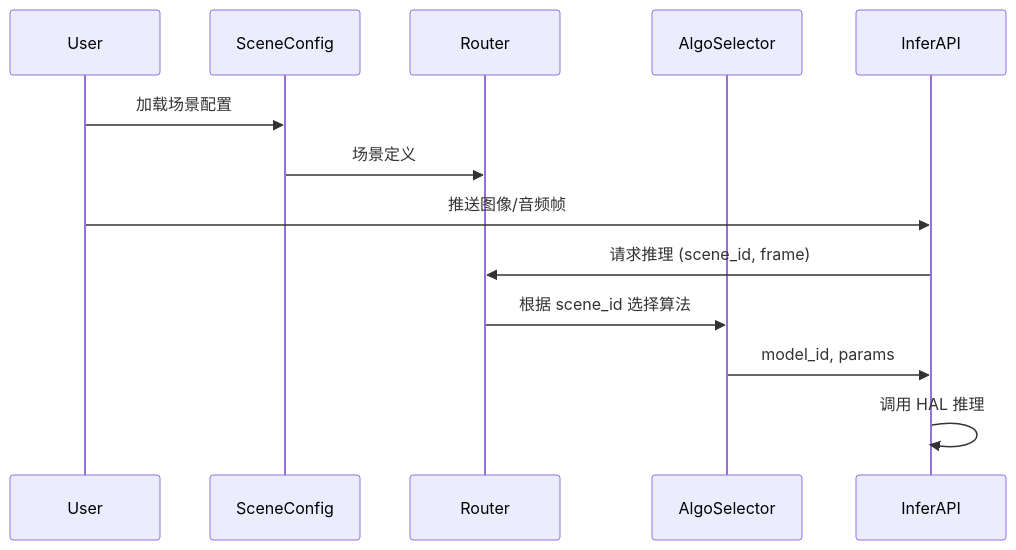
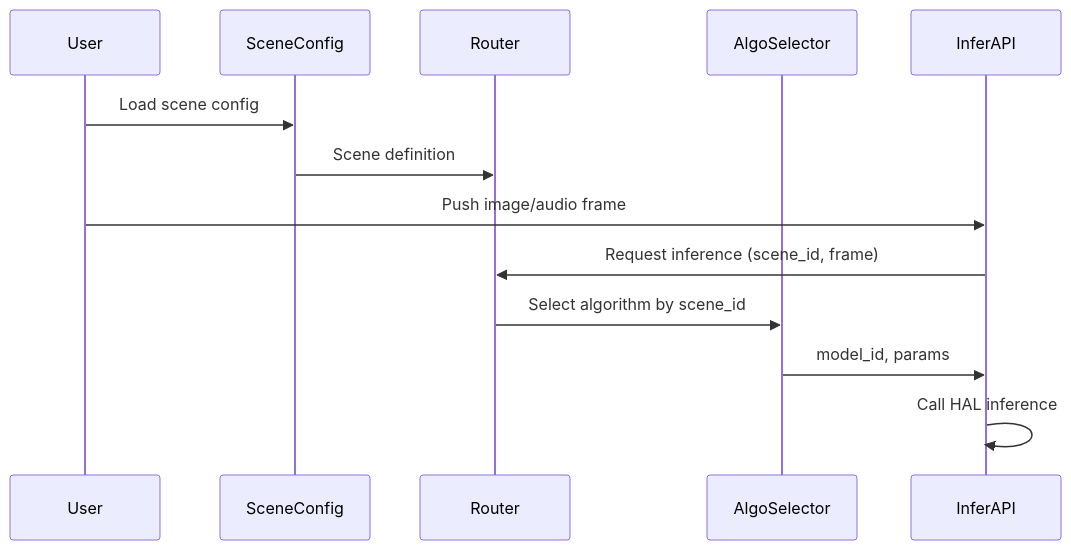
The second of 2 diagrams in docs/architecture/01_business_layer.md (JeffRen1977/smartCamera), drawn with Mermaid before and after one commit. The commit also changed other lines of this file and 36 other files, not shown here.

````diff
--- a/docs/architecture/01_business_layer.md
+++ b/docs/architecture/01_business_layer.md
@@ -105,16 +105,16 @@
 ```mermaid
 sequenceDiagram
     participant User
     participant SceneConfig
     participant Router
     participant AlgoSelector
     participant InferAPI
 
-    User->>SceneConfig: 加载场景配置
-    SceneConfig->>Router: 场景定义
-    User->>InferAPI: 推送图像/音频帧
-    InferAPI->>Router: 请求推理 (scene_id, frame)
-    Router->>AlgoSelector: 根据 scene_id 选择算法
+    User->>SceneConfig: Load scene config
+    SceneConfig->>Router: Scene definition
+    User->>InferAPI: Push image/audio frame
+    InferAPI->>Router: Request inference (scene_id, frame)
+    Router->>AlgoSelector: Select algorithm by scene_id
     AlgoSelector->>InferAPI: model_id, params
-    InferAPI->>InferAPI: 调用 HAL 推理
+    InferAPI->>InferAPI: Call HAL inference
 ```
````
